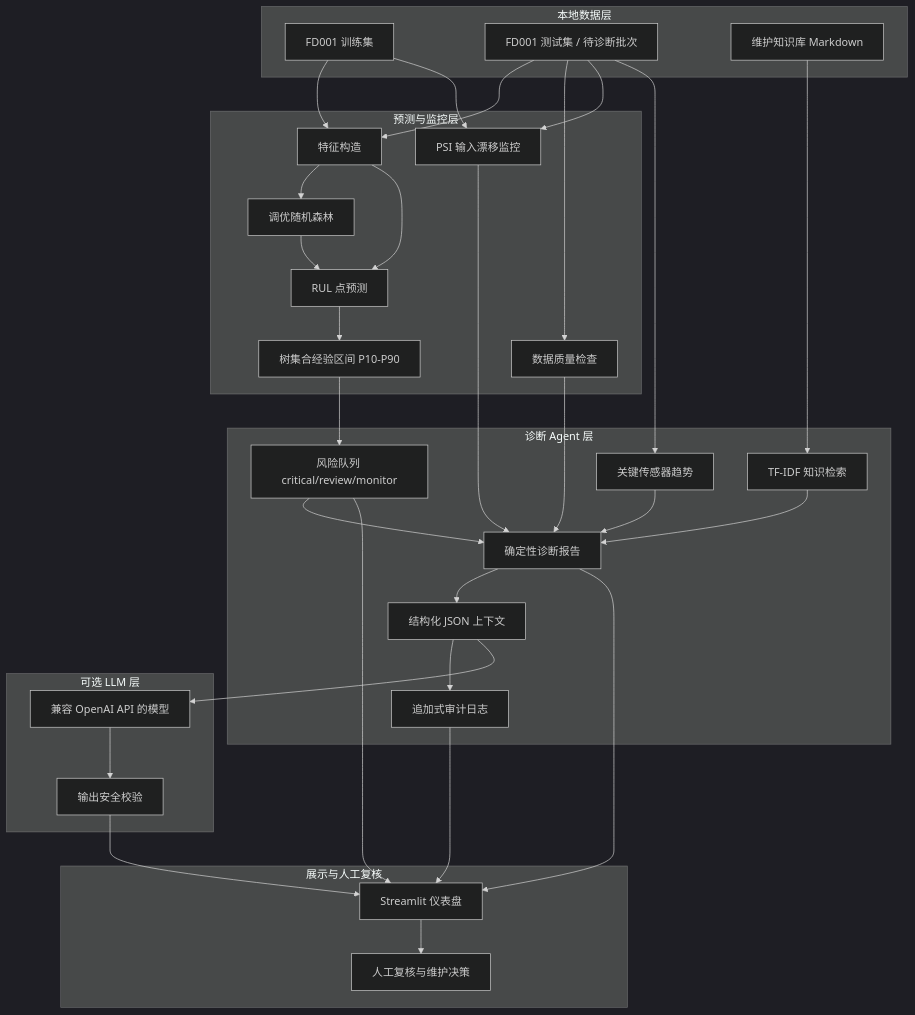
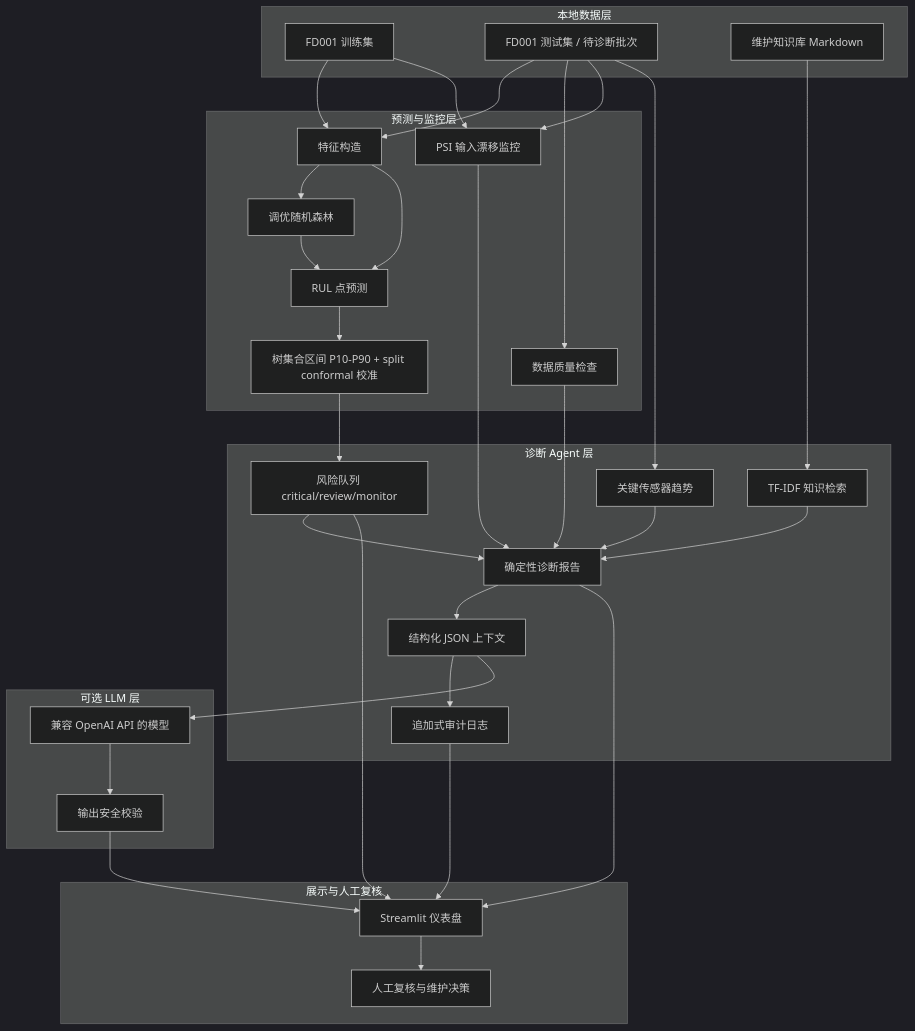
Before and after one commit to zzhouxy427/industrial-health-agent: the diagram in docs/architecture.md, drawn with Mermaid (dark theme). The commit also changed other lines of this file and 11 other files, not shown here.

Commit message:
Calibrate prediction intervals with split conformal

````diff
--- a/docs/architecture.md
+++ b/docs/architecture.md
@@ -9,50 +9,50 @@
 ```mermaid
 flowchart TB
     subgraph Data[本地数据层]
         Train[FD001 训练集]
         Test[FD001 测试集 / 待诊断批次]
         KB[维护知识库 Markdown]
     end
 
     subgraph Model[预测与监控层]
         Features[特征构造]
         RF[调优随机森林]
         RUL[RUL 点预测]
-        Interval[树集合经验区间 P10-P90]
+        Interval[树集合区间 P10-P90 + split conformal 校准]
         Quality[数据质量检查]
         Drift[PSI 输入漂移监控]
     end
 
     subgraph Agent[诊断 Agent 层]
         Queue[风险队列 critical/review/monitor]
         Trend[关键传感器趋势]
         Retrieval[TF-IDF 知识检索]
         Report[确定性诊断报告]
         Context[结构化 JSON 上下文]
         Audit[追加式审计日志]
     end
 
     subgraph Optional[可选 LLM 层]
         LLM[兼容 OpenAI API 的模型]
         Safety[输出安全校验]
     end
 
     subgraph UI[展示与人工复核]
         Dashboard[Streamlit 仪表盘]
         Human[人工复核与维护决策]
     end
 
     Train --> Features --> RF
     Test --> Features --> RUL
     RF --> RUL --> Interval --> Queue
     Test --> Quality --> Report
     Train --> Drift
     Test --> Drift --> Report
     Test --> Trend --> Report
     KB --> Retrieval --> Report
     Queue --> Report --> Context --> Audit
     Context --> LLM --> Safety --> Dashboard
     Report --> Dashboard --> Human
     Queue --> Dashboard
     Audit --> Dashboard
 ```
````
